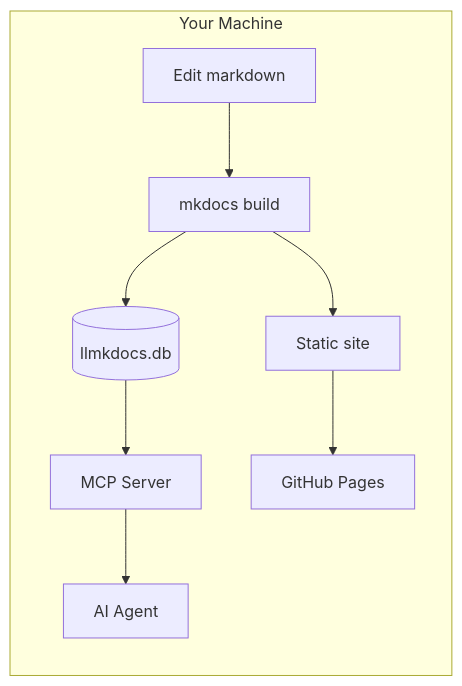
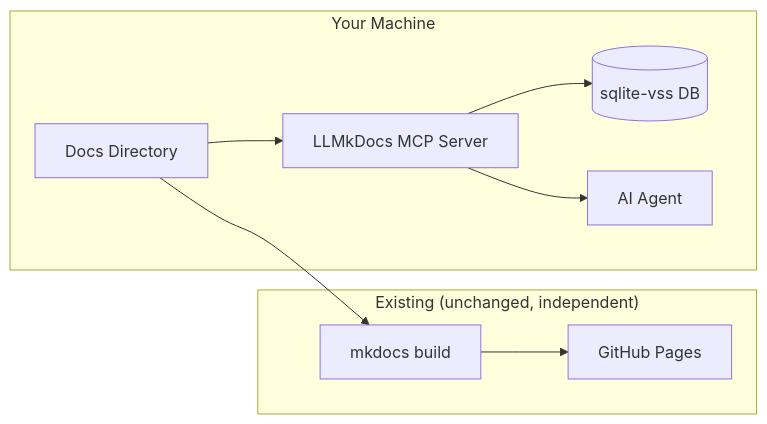
Before and after one commit to danhannah94/csdlc-docs: the second of 3 diagrams in docs/projects/llmkdocs/design.md, drawn with Mermaid. The commit also changed other lines of this file, not shown here.

Commit message:
refine: major architecture shift — standalone MCP server, all-TypeScript, decoupled from mkdocs, self-managing indexing, 3 epics for MVP

````diff
--- a/docs/projects/llmkdocs/design.md
+++ b/docs/projects/llmkdocs/design.md
@@ -377,11 +435,13 @@
 ```mermaid
 graph LR
     subgraph "Your Machine"
-        A[Edit markdown] --> B[mkdocs build]
-        B --> C[Static site]
-        B --> D[(llmkdocs.db)]
-        D --> E[MCP Server]
-        E --> F[AI Agent]
-        C --> G[GitHub Pages]
+        A[Docs Directory] --> B[LLMkDocs MCP Server]
+        B --> C[(sqlite-vss DB)]
+        B --> D[AI Agent]
+    end
+
+    subgraph "Existing (unchanged, independent)"
+        A --> E[mkdocs build]
+        E --> F[GitHub Pages]
     end
 ```
````
